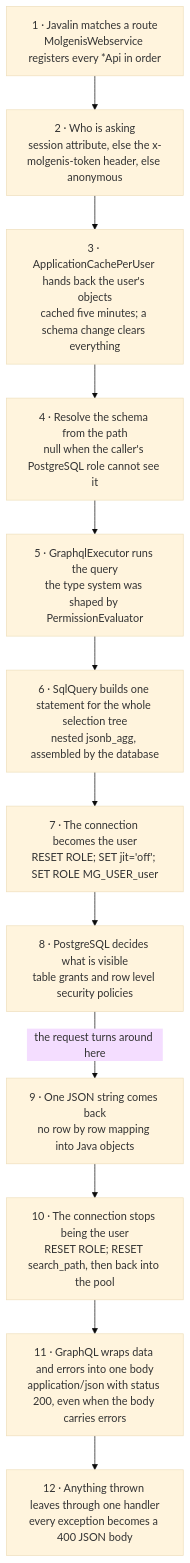
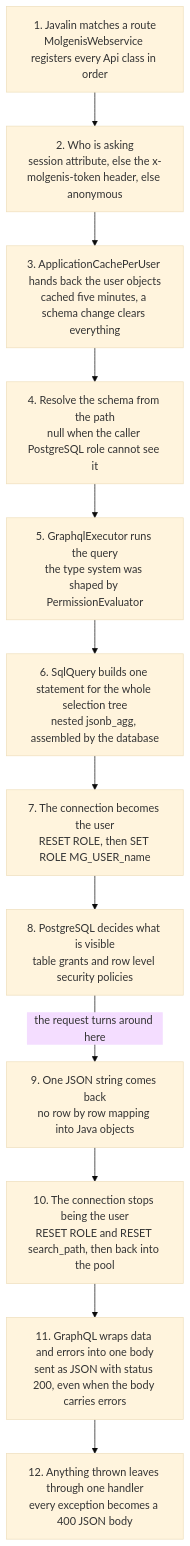
The second of 3 diagrams in docs/molgenis/system_overview.md (molgenis/molgenis-emx2), drawn with Mermaid (base theme) before and after one commit. The commit also changed other lines of this file, not shown here.

````diff
--- a/docs/molgenis/system_overview.md
+++ b/docs/molgenis/system_overview.md
@@ -82,23 +78,19 @@
 ```mermaid
----
-config:
-    markdownAutoWrap: false
----
 flowchart TB
-  s1["1 · Javalin matches a route<br/>MolgenisWebservice registers every *Api in order"]
-  s2["2 · Who is asking<br/>session attribute, else the x-molgenis-token header, else anonymous"]
-  s3["3 · ApplicationCachePerUser hands back the user's objects<br/>cached five minutes; a schema change clears everything"]
-  s4["4 · Resolve the schema from the path<br/>null when the caller's PostgreSQL role cannot see it"]
-  s5["5 · GraphqlExecutor runs the query<br/>the type system was shaped by PermissionEvaluator"]
-  s6["6 · SqlQuery builds one statement for the whole selection tree<br/>nested jsonb_agg, assembled by the database"]
-  s7["7 · The connection becomes the user<br/>RESET ROLE; SET jit='off'; SET ROLE MG_USER_user"]
-  s8["8 · PostgreSQL decides what is visible<br/>table grants and row level security policies"]
-  s9["9 · One JSON string comes back<br/>no row by row mapping into Java objects"]
-  s10["10 · The connection stops being the user<br/>RESET ROLE; RESET search_path, then back into the pool"]
-  s11["11 · GraphQL wraps data and errors into one body<br/>application/json with status 200, even when the body carries errors"]
-  s12["12 · Anything thrown leaves through one handler<br/>every exception becomes a 400 JSON body"]
+  s1["1. Javalin matches a route<br>MolgenisWebservice registers every Api class in order"]
+  s2["2. Who is asking<br>session attribute, else the x-molgenis-token header, else anonymous"]
+  s3["3. ApplicationCachePerUser hands back the user objects<br>cached five minutes, a schema change clears everything"]
+  s4["4. Resolve the schema from the path<br>null when the caller PostgreSQL role cannot see it"]
+  s5["5. GraphqlExecutor runs the query<br>the type system was shaped by PermissionEvaluator"]
+  s6["6. SqlQuery builds one statement for the whole selection tree<br>nested jsonb_agg, assembled by the database"]
+  s7["7. The connection becomes the user<br>RESET ROLE, then SET ROLE MG_USER_name"]
+  s8["8. PostgreSQL decides what is visible<br>table grants and row level security policies"]
+  s9["9. One JSON string comes back<br>no row by row mapping into Java objects"]
+  s10["10. The connection stops being the user<br>RESET ROLE and RESET search_path, then back into the pool"]
+  s11["11. GraphQL wraps data and errors into one body<br>sent as JSON with status 200, even when the body carries errors"]
+  s12["12. Anything thrown leaves through one handler<br>every exception becomes a 400 JSON body"]
 
   s1 --> s2 --> s3 --> s4 --> s5 --> s6 --> s7 --> s8
   s8 -->|"the request turns around here"| s9
   s9 --> s10 --> s11 --> s12
 ```
````
